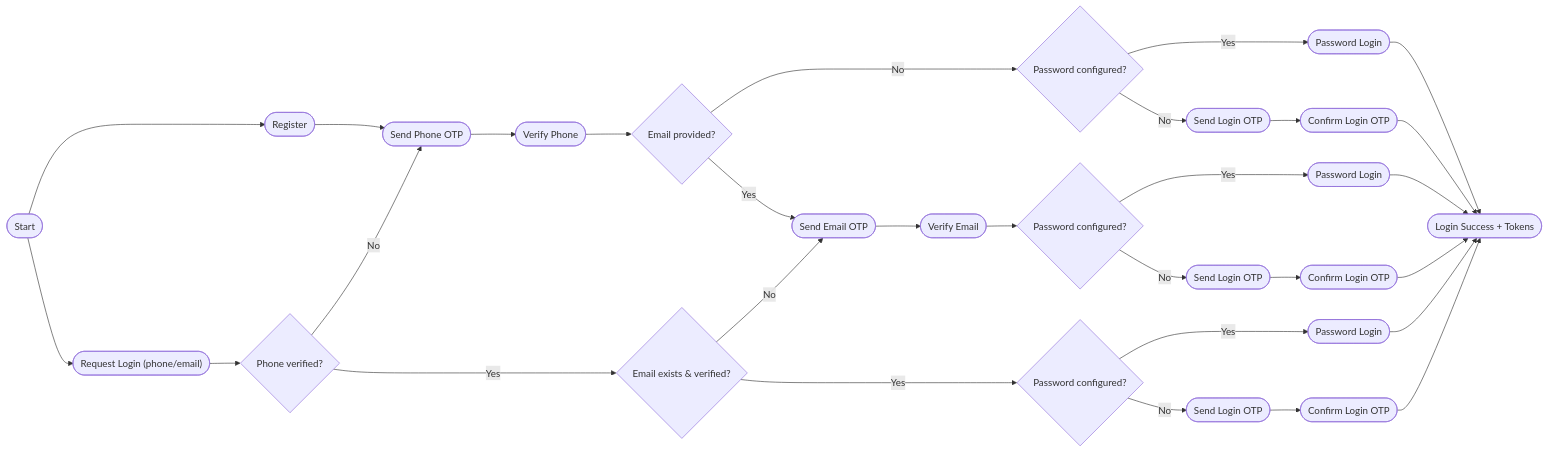
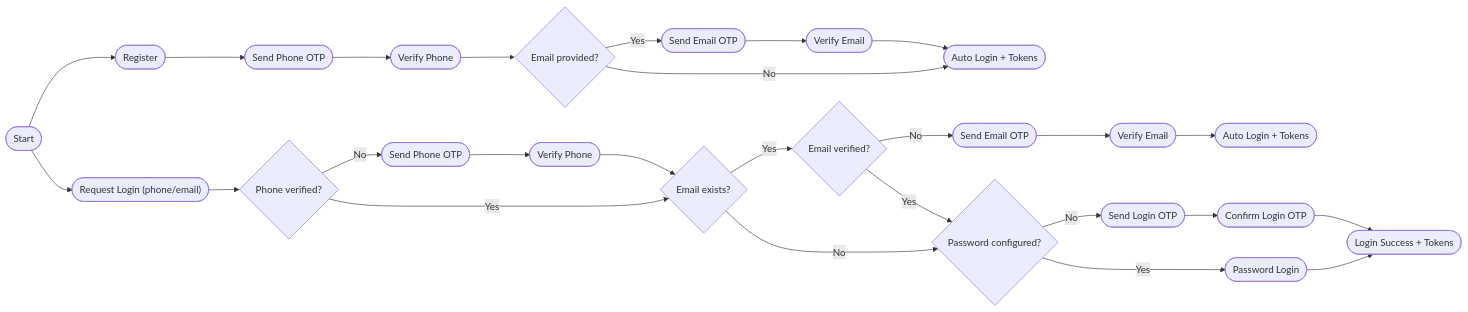
Before and after one commit to HK-Soln/biztrack-cm: the first of 2 diagrams in docs/auth-flow.md, drawn with Mermaid. The commit also changed other lines of this file and 114 other files, not shown here.

First line of the commit message:
feat(auth,invites): add staff invite flow, i18n errors, and update migration chain

````diff
--- a/docs/auth-flow.md
+++ b/docs/auth-flow.md
@@ -7,33 +49,29 @@
 ```mermaid
 flowchart LR
   start(["Start"]) --> reg(["Register"])
   reg --> sendPhone(["Send Phone OTP"])
   sendPhone --> verifyPhone(["Verify Phone"])
   verifyPhone --> emailProvided{"Email provided?"}
-  emailProvided -->|"No"| pwConfigured1{"Password configured?"}
+  emailProvided -->|"No"| autoLogin1(["Auto Login + Tokens"])
   emailProvided -->|"Yes"| sendEmail(["Send Email OTP"])
   sendEmail --> verifyEmail(["Verify Email"])
-  verifyEmail --> pwConfigured2{"Password configured?"}
-  pwConfigured1 -->|"Yes"| passwordLogin1(["Password Login"])
-  pwConfigured1 -->|"No"| sendLoginOtp1(["Send Login OTP"])
-  pwConfigured2 -->|"Yes"| passwordLogin2(["Password Login"])
-  pwConfigured2 -->|"No"| sendLoginOtp2(["Send Login OTP"])
-  sendLoginOtp1 --> verifyLoginOtp1(["Confirm Login OTP"])
-  sendLoginOtp2 --> verifyLoginOtp2(["Confirm Login OTP"])
-  passwordLogin1 --> loginSuccess(["Login Success + Tokens"])
-  passwordLogin2 --> loginSuccess
-  verifyLoginOtp1 --> loginSuccess
-  verifyLoginOtp2 --> loginSuccess
+  verifyEmail --> autoLogin1
 
   start --> requestLogin(["Request Login (phone/email)"])
   requestLogin --> phoneVerified{"Phone verified?"}
-  phoneVerified -->|"No"| sendPhone
-  phoneVerified -->|"Yes"| emailVerified{"Email exists & verified?"}
-  emailVerified -->|"No"| sendEmail
-  emailVerified -->|"Yes"| pwConfigured3{"Password configured?"}
+  phoneVerified -->|"No"| sendPhoneLogin(["Send Phone OTP"])
+  sendPhoneLogin --> verifyPhoneLogin(["Verify Phone"])
+  phoneVerified -->|"Yes"| emailExists1{"Email exists?"}
+  verifyPhoneLogin --> emailExists1
+  emailExists1 -->|"No"| pwConfigured3{"Password configured?"}
+  emailExists1 -->|"Yes"| emailVerified1{"Email verified?"}
+  emailVerified1 -->|"No"| sendEmailLogin(["Send Email OTP"])
+  emailVerified1 -->|"Yes"| pwConfigured3
+  sendEmailLogin --> verifyEmailLogin(["Verify Email"])
+  verifyEmailLogin --> autoLogin2(["Auto Login + Tokens"])
   pwConfigured3 -->|"Yes"| passwordLogin3(["Password Login"])
   pwConfigured3 -->|"No"| sendLoginOtp3(["Send Login OTP"])
   sendLoginOtp3 --> verifyLoginOtp3(["Confirm Login OTP"])
-  passwordLogin3 --> loginSuccess
+  passwordLogin3 --> loginSuccess(["Login Success + Tokens"])
   verifyLoginOtp3 --> loginSuccess
 ```
````
